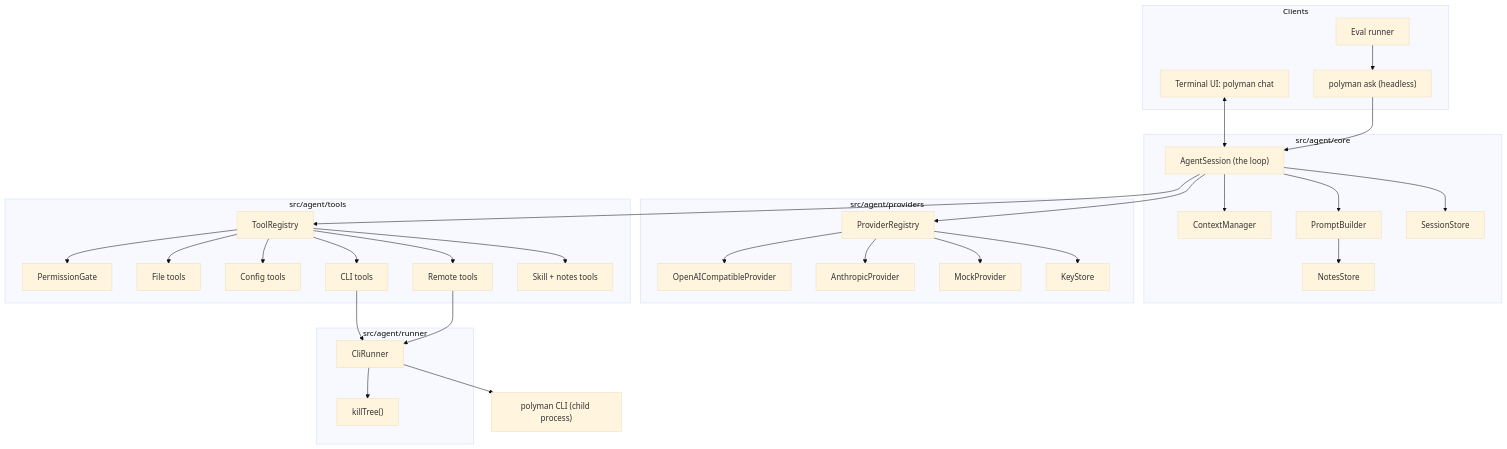
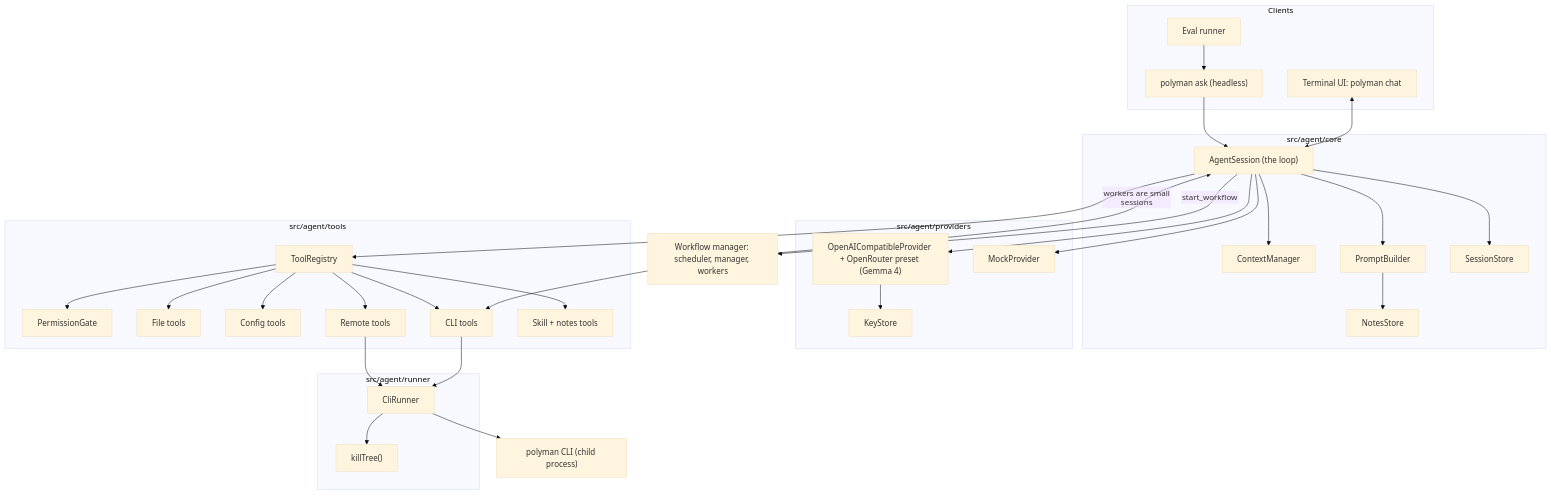
The first of 6 diagrams in design/agent/01-architecture.md (Ahmad-Faraj/polyman), drawn with Mermaid (base theme) before and after one commit. The commit also changed other lines of this file and 29 other files, not shown here.

````diff
--- a/design/agent/01-architecture.md
+++ b/design/agent/01-architecture.md
@@ -7,66 +7,66 @@
 ```mermaid
 %%{init: {"flowchart": {"htmlLabels": false}} }%%
 flowchart TB
   subgraph clients["Clients"]
     tui["Terminal UI: polyman chat"]
     ask["polyman ask (headless)"]
     evals["Eval runner"]
   end
 
   subgraph core["src/agent/core"]
     session["AgentSession (the loop)"]
     ctx["ContextManager"]
     prompt["PromptBuilder"]
     store["SessionStore"]
     notes["NotesStore"]
   end
 
   subgraph providers["src/agent/providers"]
-    registry["ProviderRegistry"]
-    oa["OpenAICompatibleProvider"]
-    an["AnthropicProvider"]
+    oa["OpenAICompatibleProvider + OpenRouter preset (Gemma 4)"]
     mock["MockProvider"]
     keys["KeyStore"]
   end
 
   subgraph tools["src/agent/tools"]
     treg["ToolRegistry"]
     perm["PermissionGate"]
     fst["File tools"]
     cfgt["Config tools"]
     clit["CLI tools"]
     remt["Remote tools"]
     skt["Skill + notes tools"]
   end
 
   subgraph runner["src/agent/runner"]
     cr["CliRunner"]
     kill["killTree()"]
   end
 
   cli["polyman CLI (child process)"]
 
+  wf["Workflow manager: scheduler, manager, workers"]
   tui <--> session
+  session -->|"start_workflow"| wf
+  wf -->|"workers are small sessions"| session
+  wf --> clit
   ask --> session
   evals --> ask
   session --> ctx
   session --> prompt
   session --> store
-  session --> registry
+  session --> oa
   session --> treg
   prompt --> notes
-  registry --> oa
-  registry --> an
-  registry --> mock
-  registry --> keys
+  session --> mock
+  oa --> keys
   treg --> perm
   treg --> fst
   treg --> cfgt
   treg --> clit
   treg --> remt
   treg --> skt
   clit --> cr
   remt --> cr
   cr --> kill
   cr --> cli
 ```
````
